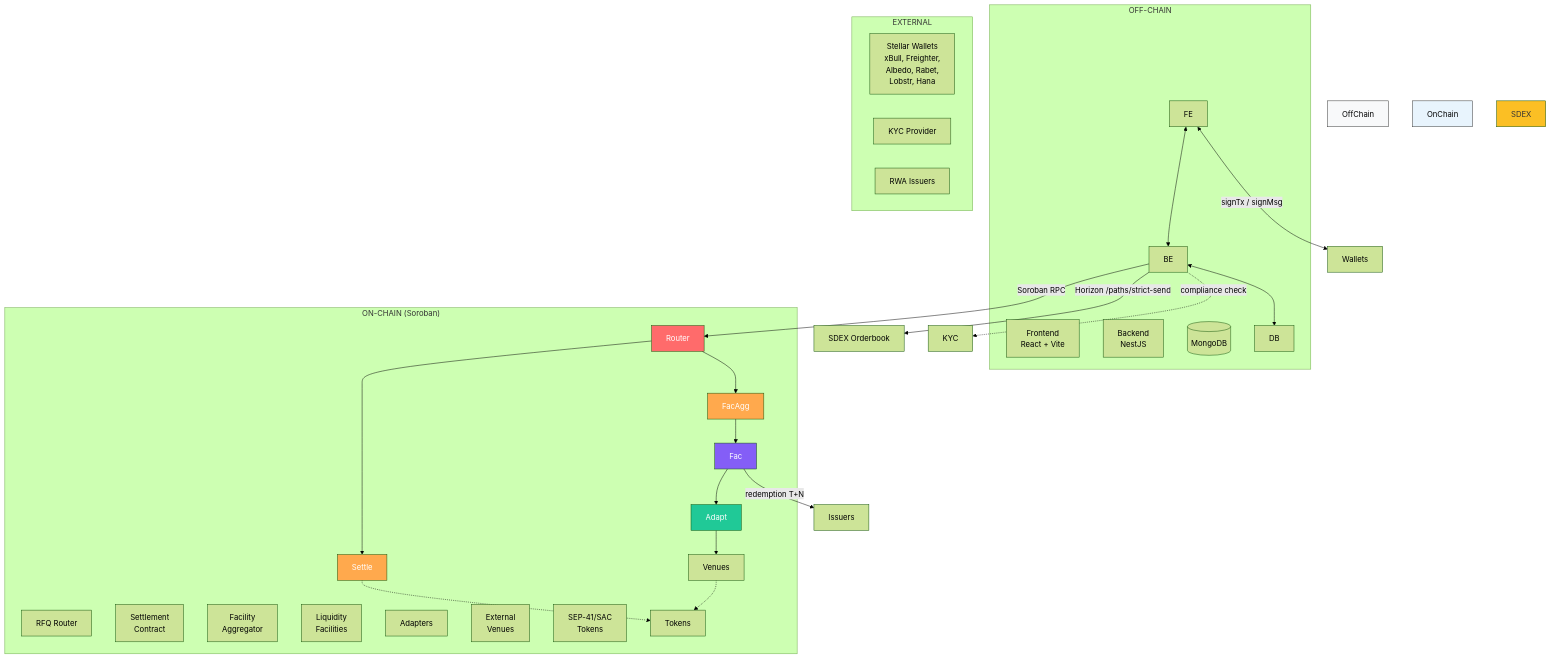
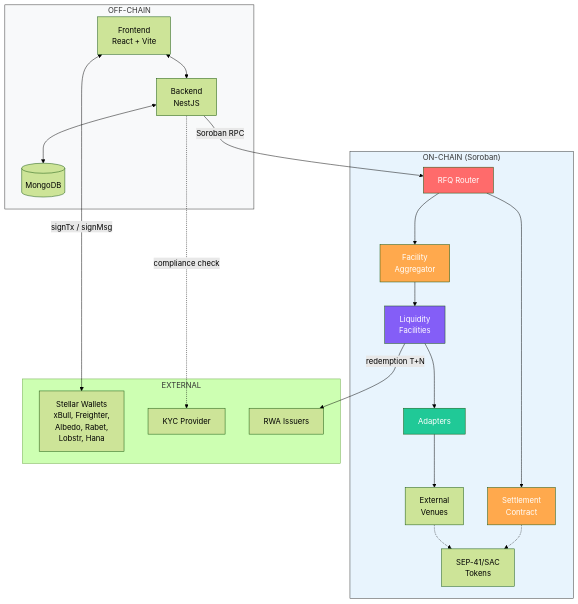
Before and after one commit to mystic-finance/Stellar-RFQ: the eighth of 8 diagrams in docs/TECHNICAL_ARCHITECTURE.md, drawn with Mermaid (forest theme). The commit also changed other lines of this file, not shown here.

````diff
--- a/docs/TECHNICAL_ARCHITECTURE.md
+++ b/docs/TECHNICAL_ARCHITECTURE.md
@@ -1002,49 +898,47 @@
 ```mermaid
 graph TB
-    subgraph OffChain\\\["OFF-CHAIN"]
-        FE\\\["Frontend<br/>React + Vite"]
-        BE\\\["Backend<br/>NestJS"]
-        DB\\\[(MongoDB)]
+    subgraph OffChain["OFF-CHAIN"]
+        FE["Frontend<br/>React + Vite"]
+        BE["Backend<br/>NestJS"]
+        DB[(MongoDB)]
         FE <--> BE
         BE <--> DB
     end
 
-    subgraph OnChain\\\["ON-CHAIN (Soroban)"]
-        Router\\\["RFQ Router"]
-        Settle\\\["Settlement<br/>Contract"]
-        FacAgg\\\["Facility<br/>Aggregator"]
-        Fac\\\["Liquidity<br/>Facilities"]
-        Adapt\\\["Adapters"]
-        Venues\\\["External<br/>Venues"]
-        Tokens\\\["SEP-41/SAC<br/>Tokens"]
+    subgraph OnChain["ON-CHAIN (Soroban)"]
+        Router["RFQ Router"]
+        Settle["Settlement<br/>Contract"]
+        FacAgg["Facility<br/>Aggregator"]
+        Fac["Liquidity<br/>Facilities"]
+        Adapt["Adapters"]
+        Venues["External<br/>Venues"]
+        Tokens["SEP-41/SAC<br/>Tokens"]
 
         Router --> Settle
         Router --> FacAgg
         FacAgg --> Fac
         Fac --> Adapt
         Adapt --> Venues
         Venues -.-> Tokens
         Settle -.-> Tokens
     end
 
-    subgraph Ext\\\["EXTERNAL"]
-        Wallets\\\["Stellar Wallets<br/>xBull, Freighter,<br/>Albedo, Rabet,<br/>Lobstr, Hana"]
-        KYC\\\["KYC Provider"]
-        Issuers\\\["RWA Issuers"]
+    subgraph Ext["EXTERNAL"]
+        Wallets["Stellar Wallets<br/>xBull, Freighter,<br/>Albedo, Rabet,<br/>Lobstr, Hana"]
+        KYC["KYC Provider"]
+        Issuers["RWA Issuers"]
     end
 
     FE <-->|"signTx / signMsg"| Wallets
     BE -->|"Soroban RPC"| Router
-    BE -->|"Horizon /paths/strict-send"| SDEX\\\["SDEX Orderbook"]
     Fac -->|"redemption T+N"| Issuers
     BE -.->|"compliance check"| KYC
 
     style OffChain fill:#f8f9fa,stroke:#333
     style OnChain fill:#e8f4fd,stroke:#333
     style Router fill:#ff6b6b,color:#fff
     style Settle fill:#ffa94d,color:#fff
     style FacAgg fill:#ffa94d,color:#fff
     style Fac fill:#845ef7,color:#fff
     style Adapt fill:#20c997,color:#fff
-    style SDEX fill:#fbbf24,color:#333
 ```
````
